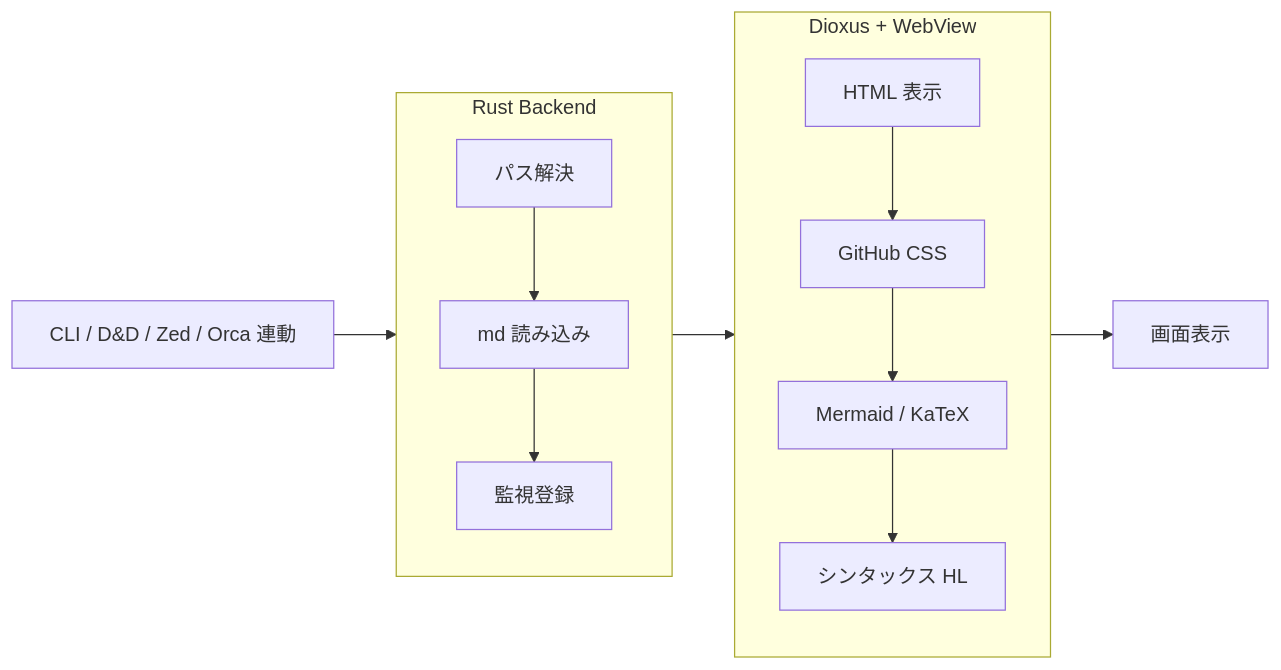
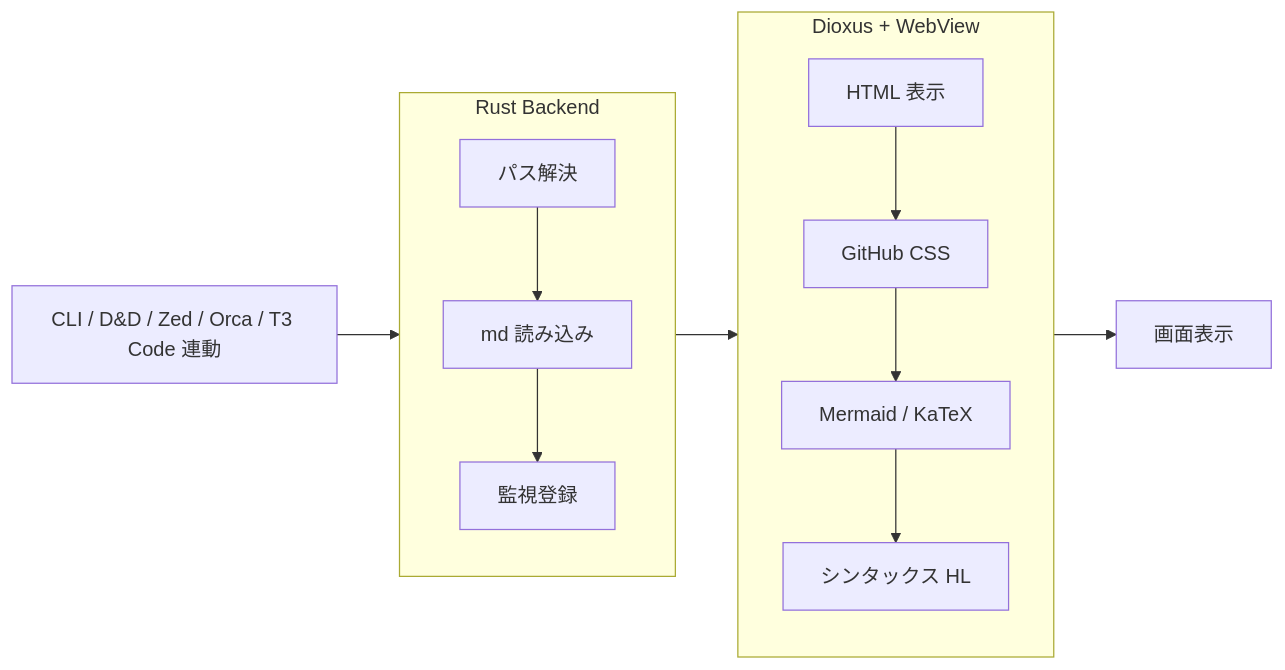
Before and after one commit to MizuRyu/mzed: the fifth of 5 diagrams in docs/specs/01-architecture.md, drawn with Mermaid. The commit also changed other lines of this file and 15 other files, not shown here.

````diff
--- a/docs/specs/01-architecture.md
+++ b/docs/specs/01-architecture.md
@@ -99,12 +119,12 @@
 ```mermaid
 flowchart LR
-    Input["CLI / D&D / Zed / Orca 連動"] --> Rust
+    Input["CLI / D&D / Zed / Orca / T3 Code 連動"] --> Rust
     subgraph Rust["Rust Backend"]
         R1[パス解決] --> R2[md 読み込み] --> R3[監視登録]
     end
     Rust --> UI["Dioxus UI"]
     subgraph UI["Dioxus + WebView"]
         W1[HTML 表示] --> W2[GitHub CSS] --> W3[Mermaid / KaTeX] --> W4[シンタックス HL]
     end
     UI --> Display[画面表示]
 ```
````
